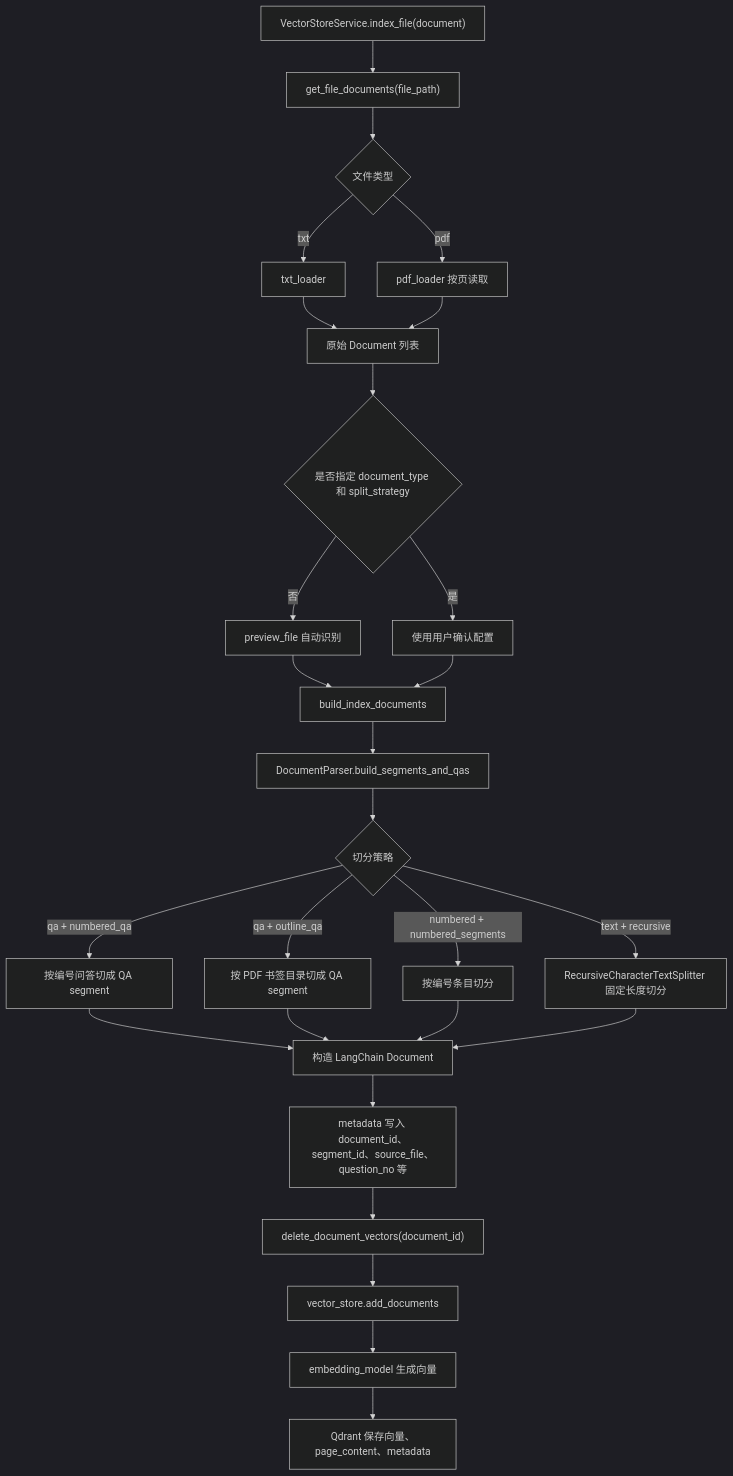
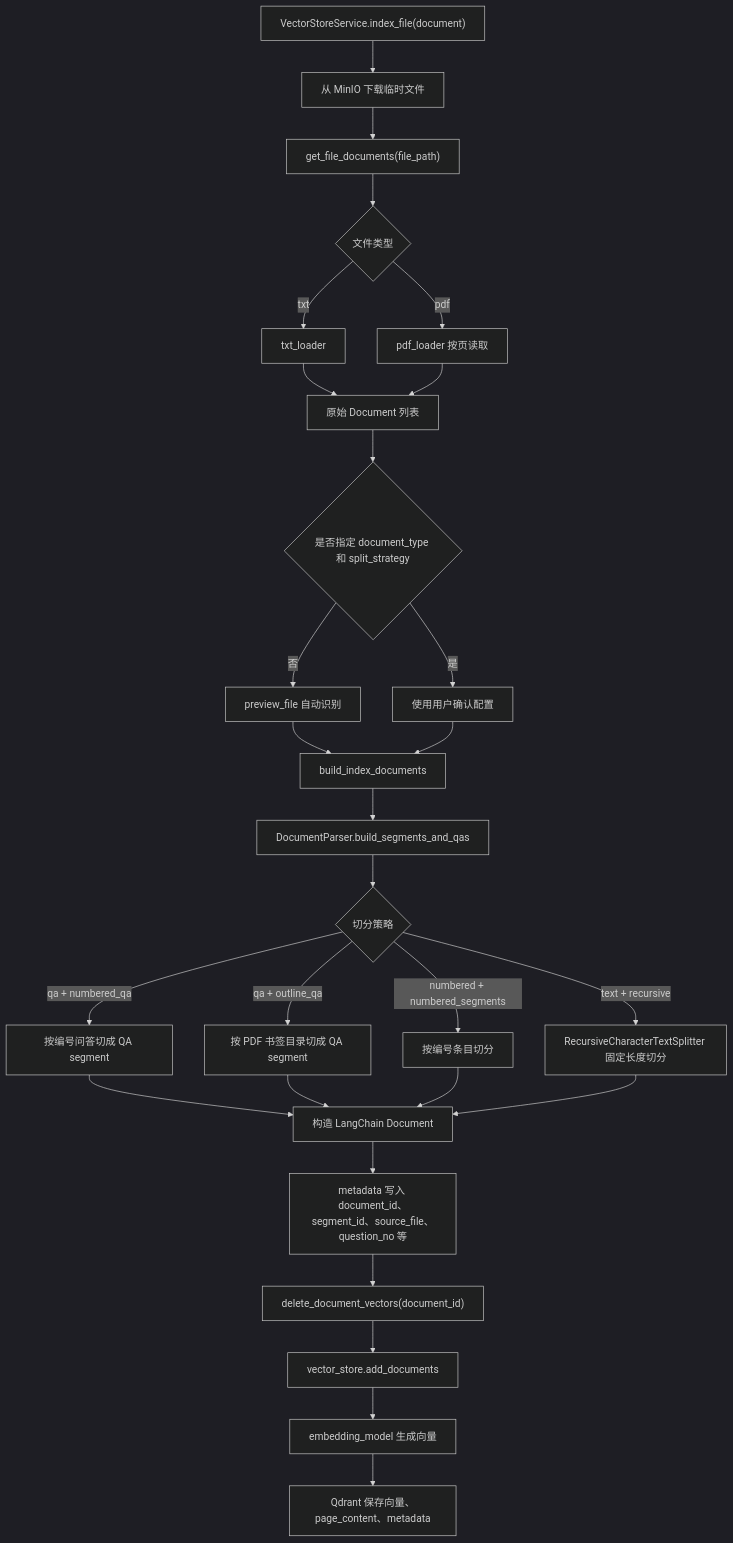
Before and after one commit to chen-liang-22/AI_RAG_Agent_Project: the second of 3 diagrams in docs/上传文件的流程.md, drawn with Mermaid (dark theme). The commit also changed other lines of this file and 24 other files, not shown here.

````diff
--- a/docs/上传文件的流程.md
+++ b/docs/上传文件的流程.md
@@ -107,29 +107,30 @@
 ```mermaid
 flowchart TD
-    A["VectorStoreService.index_file(document)"] --> B["get_file_documents(file_path)"]
-    B --> C{"文件类型"}
+    A["VectorStoreService.index_file(document)"] --> B["从 MinIO 下载临时文件"]
+    B --> B1["get_file_documents(file_path)"]
+    B1 --> C{"文件类型"}
     C -- "txt" --> D["txt_loader"]
     C -- "pdf" --> E["pdf_loader 按页读取"]
     D --> F["原始 Document 列表"]
     E --> F
     F --> G{"是否指定 document_type 和 split_strategy"}
     G -- "否" --> H["preview_file 自动识别"]
     G -- "是" --> I["使用用户确认配置"]
     H --> J["build_index_documents"]
     I --> J
     J --> K["DocumentParser.build_segments_and_qas"]
     K --> L{"切分策略"}
     L -- "qa + numbered_qa" --> M["按编号问答切成 QA segment"]
     L -- "qa + outline_qa" --> M2["按 PDF 书签目录切成 QA segment"]
     L -- "numbered + numbered_segments" --> N["按编号条目切分"]
     L -- "text + recursive" --> O["RecursiveCharacterTextSplitter 固定长度切分"]
     M --> P["构造 LangChain Document"]
     M2 --> P
     N --> P
     O --> P
     P --> Q["metadata 写入 document_id、segment_id、source_file、question_no 等"]
     Q --> R["delete_document_vectors(document_id)"]
     R --> S["vector_store.add_documents"]
     S --> T["embedding_model 生成向量"]
     T --> U["Qdrant 保存向量、page_content、metadata"]
 ```
````
